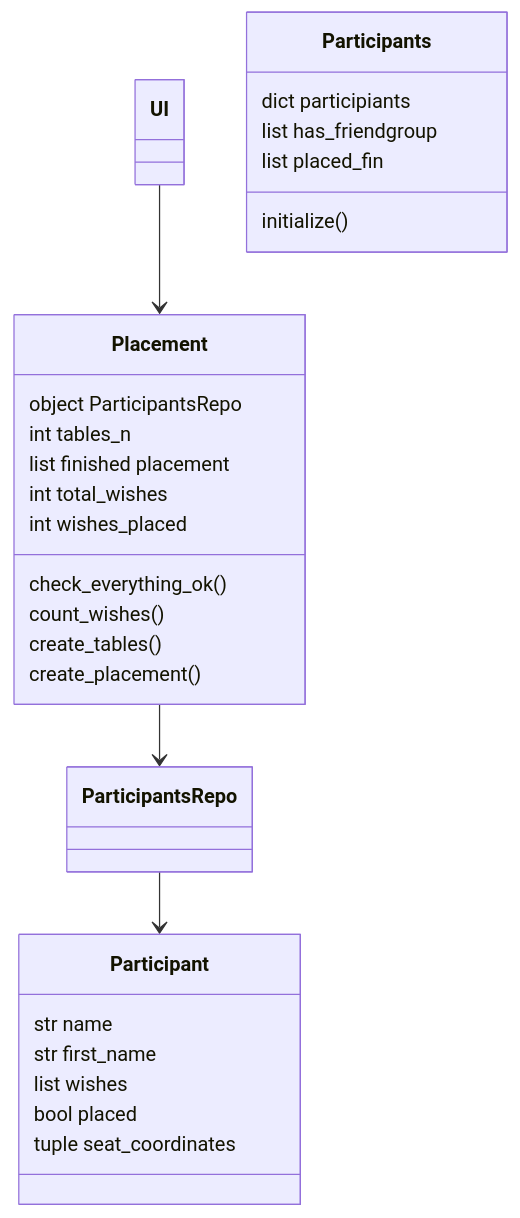
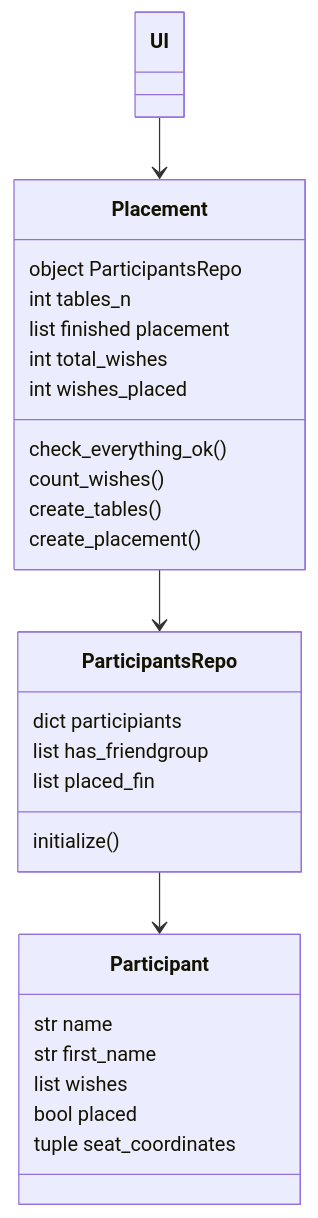
Before and after one commit to HeljaeRaeisaenen/ohte-harjoitusty-: the first of 4 diagrams in documentation/architecture.md, drawn with Mermaid. The commit also changed other lines of this file, not shown here.

````diff
--- a/documentation/architecture.md
+++ b/documentation/architecture.md
@@ -4,32 +4,32 @@
 ```mermaid
 classDiagram
   ParticipantsRepo-->Participant
   Placement-->ParticipantsRepo
   UI-->Placement
 
   class Participant
     Participant: str name
     Participant: str first_name
     Participant: list wishes
     Participant: bool placed
     Participant: tuple seat_coordinates
     
   class ParticipantsRepo
-    Participants: dict participiants
-    Participants: list has_friendgroup
-    Participants: list placed_fin
-    Participants: initialize()
+    ParticipantsRepo: dict participiants
+    ParticipantsRepo: list has_friendgroup
+    ParticipantsRepo: list placed_fin
+    ParticipantsRepo: initialize()
   
   class Placement
     Placement: object ParticipantsRepo
     Placement: int tables_n
     Placement: list finished placement
     Placement: int total_wishes
     Placement: int wishes_placed
     Placement: check_everything_ok()
     Placement: count_wishes()
     Placement: create_tables()
     Placement: create_placement()
     
   class UI
   ```
````
